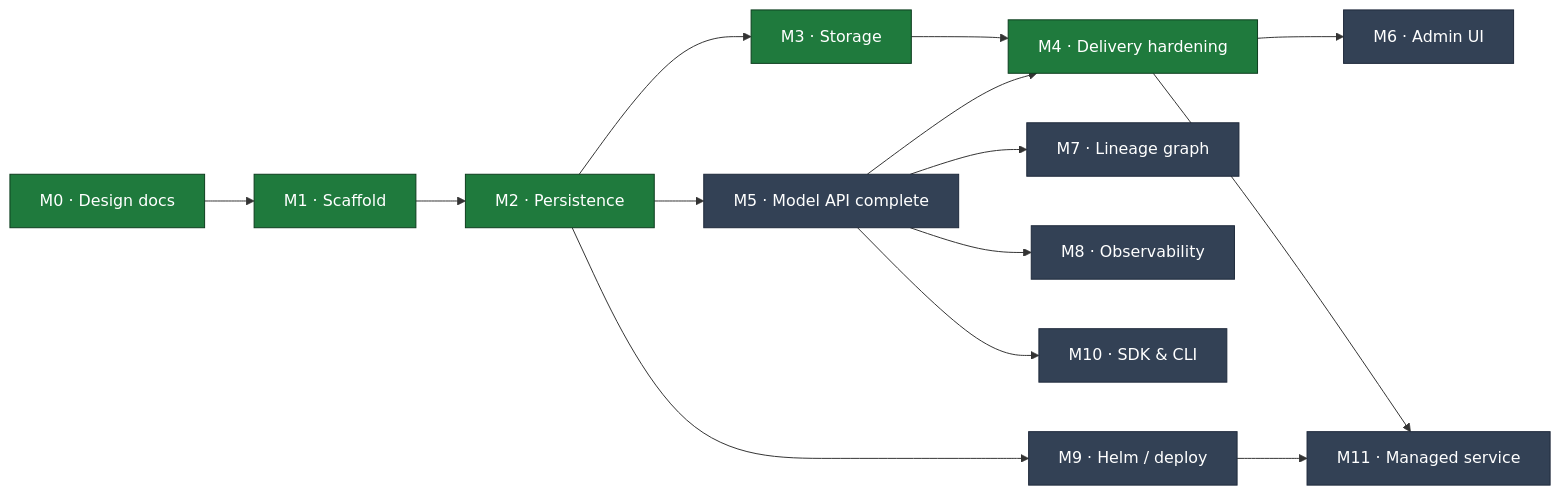
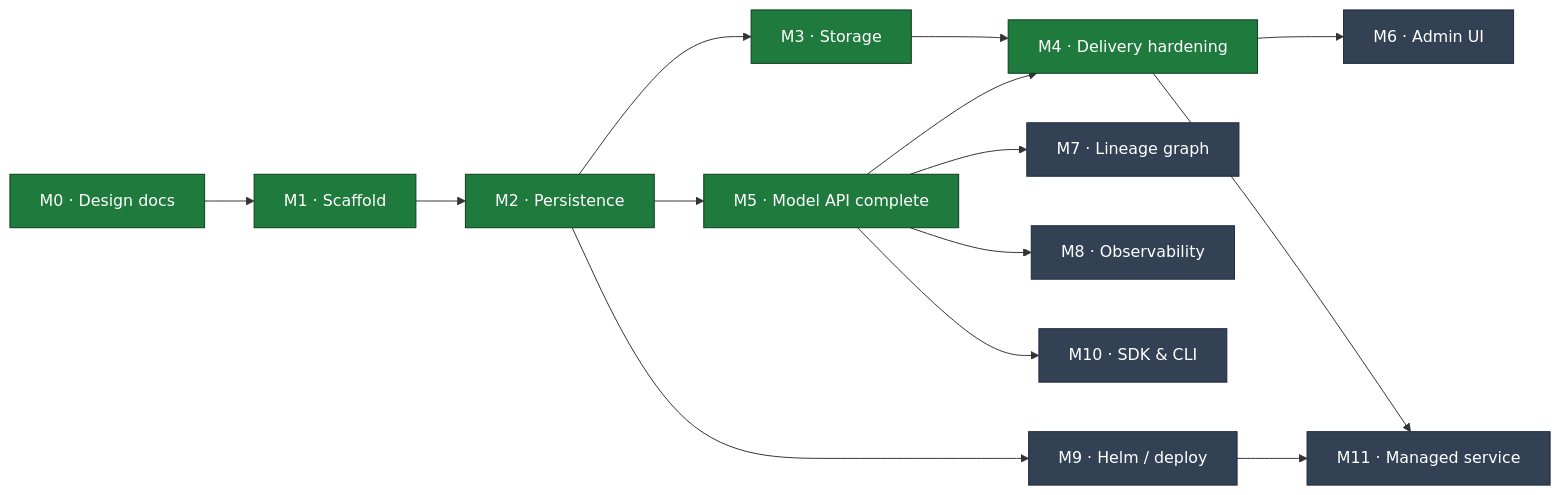
Before and after one commit to proseria-research/lineage: the diagram in MILESTONES.md, drawn with Mermaid. The commit also changed other lines of this file and 15 other files, not shown here.

````diff
--- a/MILESTONES.md
+++ b/MILESTONES.md
@@ -11,22 +11,22 @@
 ```mermaid
 flowchart LR
     M0["M0 · Design docs"] --> M1["M1 · Scaffold"]
     M1 --> M2["M2 · Persistence"]
     M2 --> M3["M3 · Storage"]
     M2 --> M5["M5 · Model API complete"]
     M3 --> M4["M4 · Delivery hardening"]
     M5 --> M4
     M5 --> M7["M7 · Lineage graph"]
     M4 --> M6["M6 · Admin UI"]
     M5 --> M8["M8 · Observability"]
     M2 --> M9["M9 · Helm / deploy"]
     M5 --> M10["M10 · SDK & CLI"]
     M9 --> M11["M11 · Managed service"]
     M4 --> M11
 
     classDef done fill:#1f7a3d,stroke:#0d3d1e,color:#fff;
     classDef active fill:#b45309,stroke:#7c3a06,color:#fff;
     classDef todo fill:#334155,stroke:#1e293b,color:#fff;
-    class M0,M1,M2,M3,M4 done;
-    class M5,M6,M7,M8,M9,M10,M11 todo;
+    class M0,M1,M2,M3,M4,M5 done;
+    class M6,M7,M8,M9,M10,M11 todo;
 ```
````
